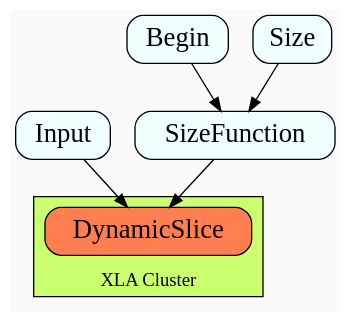
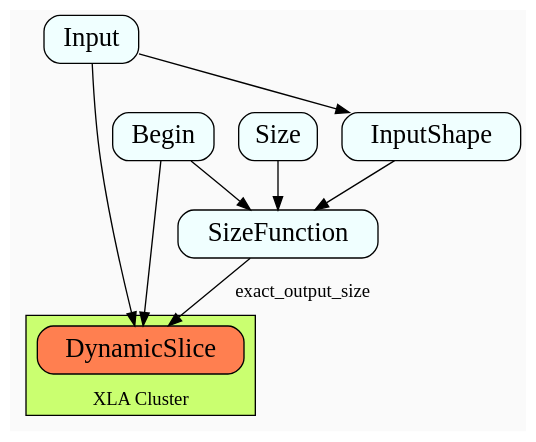
One commit to sanjoy/auto-clustering-presentation changed the diagram in reduce-compilation-f.dot. Above: the diagram before and after it, drawn with Graphviz. The commit also changed 14 other files, not shown here.

```diff
--- a/reduce-compilation-f.dot
+++ b/reduce-compilation-f.dot
@@ -1,17 +1,20 @@
 digraph {
   graph[bgcolor=gray98,compound=true]
   node[fontsize=20,shape=box,fillcolor=azure, style="filled,rounded"]
 
   subgraph cluster_0 {
     label="XLA Cluster";labelloc="b"
     style=filled
     fillcolor=darkolivegreen1
     node[fillcolor=coral]
     DynamicSlice
   }
 
   Input -> DynamicSlice
   Begin -> SizeFunction
   Size -> SizeFunction
-  SizeFunction -> DynamicSlice
+  Begin -> DynamicSlice
+  Input -> InputShape
+  InputShape -> SizeFunction
+  SizeFunction -> DynamicSlice[label="exact_output_size"]
 }
```
